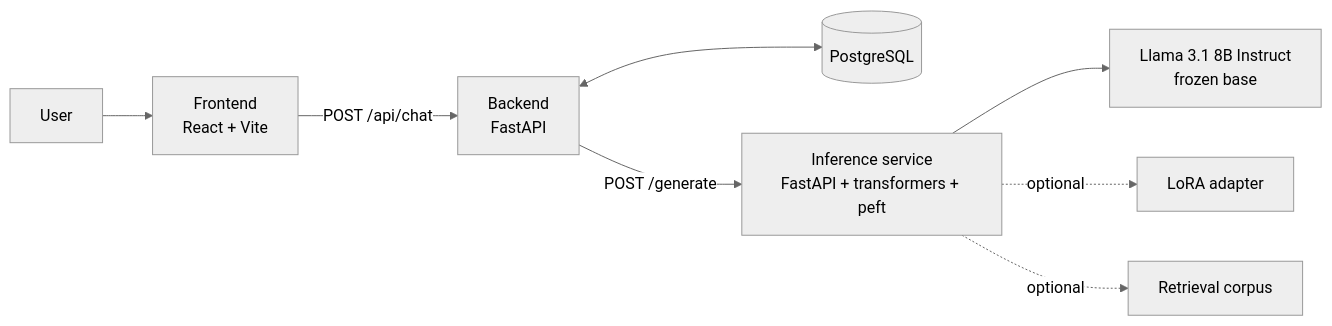
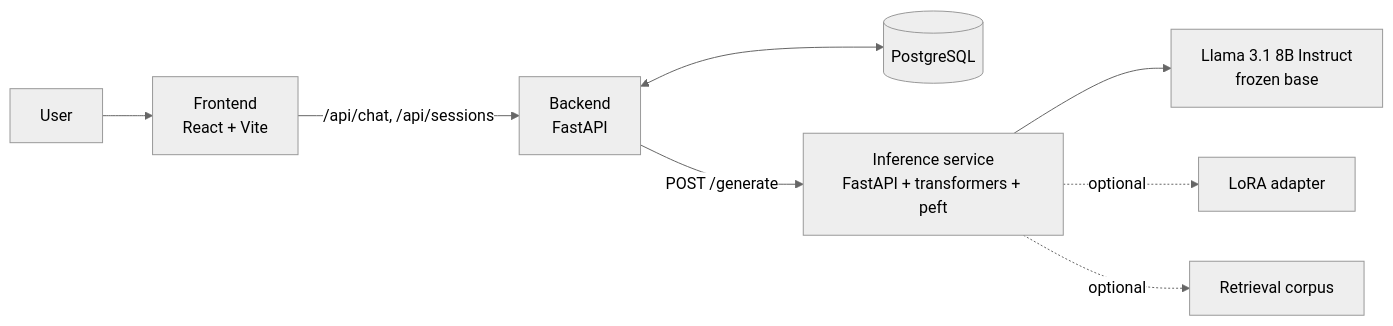
The first of 3 diagrams in README.md (Kaifkhurshid7/raga-llm), drawn with Mermaid (neutral theme) before and after one commit. The commit also changed other lines of this file and 1 other file, not shown here.

````diff
--- a/README.md
+++ b/README.md
@@ -41,10 +72,10 @@
 ```mermaid
 flowchart LR
     U[User] --> FE[Frontend<br/>React + Vite]
-    FE -->|POST /api/chat| BE[Backend<br/>FastAPI]
+    FE -->|/api/chat, /api/sessions| BE[Backend<br/>FastAPI]
     BE <--> DB[(PostgreSQL)]
     BE -->|POST /generate| INF[Inference service<br/>FastAPI + transformers + peft]
     INF --> BASE[Llama 3.1 8B Instruct<br/>frozen base]
     INF -.->|optional| LORA[LoRA adapter]
     INF -.->|optional| RAG[Retrieval corpus]
 ```
````
